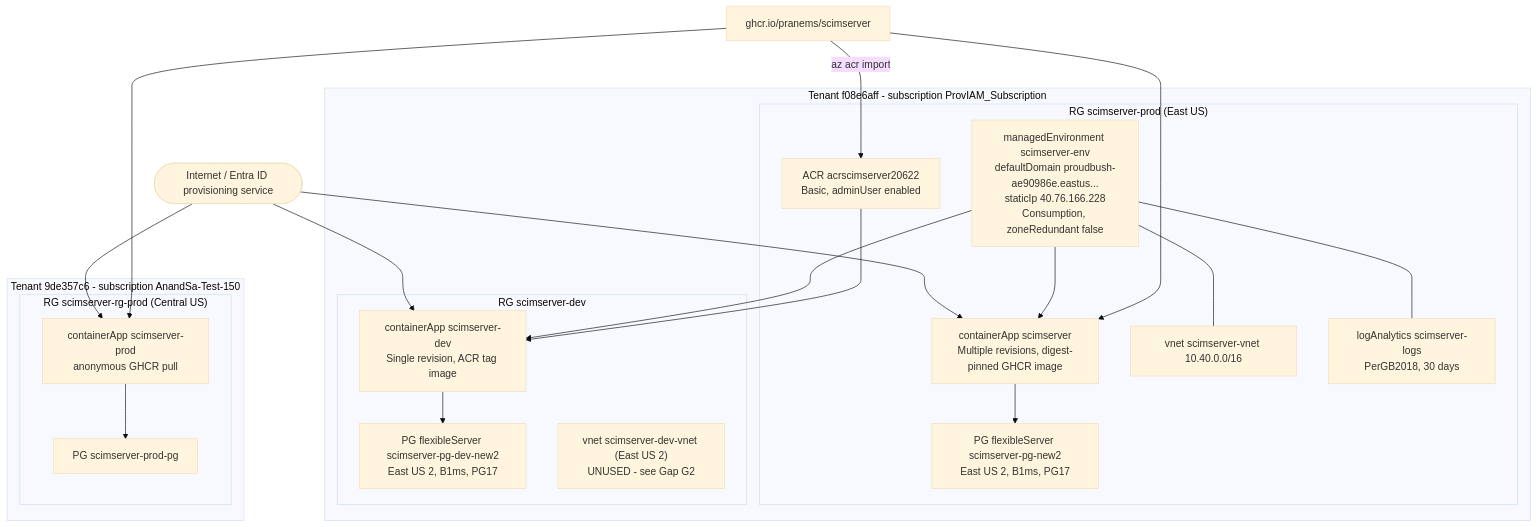
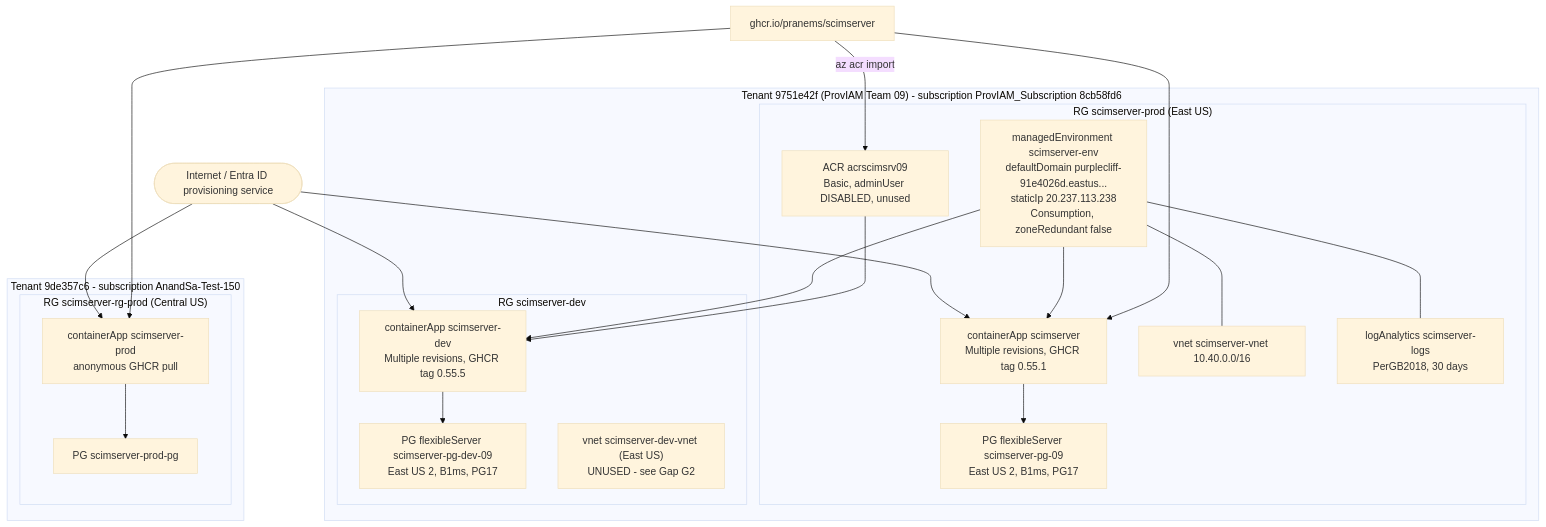
One commit to pranems/SCIMServer changed the fifth of 11 diagrams in docs/DEPLOYMENT_INFRASTRUCTURE_AND_FORM_FACTORS.md. Above: the diagram before and after it, drawn with Mermaid (base theme). The commit also changed other lines of this file and 28 other files, not shown here.

````diff
--- a/docs/DEPLOYMENT_INFRASTRUCTURE_AND_FORM_FACTORS.md
+++ b/docs/DEPLOYMENT_INFRASTRUCTURE_AND_FORM_FACTORS.md
@@ -343,44 +351,44 @@
 ```mermaid
 flowchart TB
     INET(["Internet / Entra ID provisioning service"])
 
-    subgraph T1["Tenant f08e6aff - subscription ProvIAM_Subscription"]
+    subgraph T1["Tenant 9751e42f (ProvIAM Team 09) - subscription ProvIAM_Subscription 8cb58fd6"]
       subgraph RGP["RG scimserver-prod (East US)"]
-        ENVP["managedEnvironment scimserver-env<br/>defaultDomain proudbush-ae90986e.eastus...<br/>staticIp 40.76.166.228<br/>Consumption, zoneRedundant false"]
-        APPP["containerApp scimserver<br/>Multiple revisions, digest-pinned GHCR image"]
+        ENVP["managedEnvironment scimserver-env<br/>defaultDomain purplecliff-91e4026d.eastus...<br/>staticIp 20.237.113.238<br/>Consumption, zoneRedundant false"]
+        APPP["containerApp scimserver<br/>Multiple revisions, GHCR tag 0.55.1"]
         VNETP["vnet scimserver-vnet 10.40.0.0/16"]
         LAW["logAnalytics scimserver-logs<br/>PerGB2018, 30 days"]
-        ACR["ACR acrscimserver20622<br/>Basic, adminUser enabled"]
-        PGP["PG flexibleServer scimserver-pg-new2<br/>East US 2, B1ms, PG17"]
+        ACR["ACR acrscimsrv09<br/>Basic, adminUser DISABLED, unused"]
+        PGP["PG flexibleServer scimserver-pg-09<br/>East US 2, B1ms, PG17"]
       end
       subgraph RGD["RG scimserver-dev"]
-        APPD["containerApp scimserver-dev<br/>Single revision, ACR tag image"]
-        PGD["PG flexibleServer scimserver-pg-dev-new2<br/>East US 2, B1ms, PG17"]
-        VNETD["vnet scimserver-dev-vnet (East US 2)<br/>UNUSED - see Gap G2"]
+        APPD["containerApp scimserver-dev<br/>Multiple revisions, GHCR tag 0.55.5"]
+        PGD["PG flexibleServer scimserver-pg-dev-09<br/>East US 2, B1ms, PG17"]
+        VNETD["vnet scimserver-dev-vnet (East US)<br/>UNUSED - see Gap G2"]
       end
     end
 
     subgraph T2["Tenant 9de357c6 - subscription AnandSa-Test-150"]
       subgraph RGC["RG scimserver-rg-prod (Central US)"]
         APPC["containerApp scimserver-prod<br/>anonymous GHCR pull"]
         PGC["PG scimserver-prod-pg"]
       end
     end
 
     GHCR["ghcr.io/pranems/scimserver"]
 
     INET --> APPP
     INET --> APPD
     INET --> APPC
     ENVP --> APPP
     ENVP --> APPD
     ENVP --- VNETP
     ENVP --- LAW
     APPP --> PGP
     APPD --> PGD
     APPC --> PGC
     GHCR --> APPP
     GHCR --> APPC
     ACR --> APPD
     GHCR -->|"az acr import"| ACR
 ```
````
